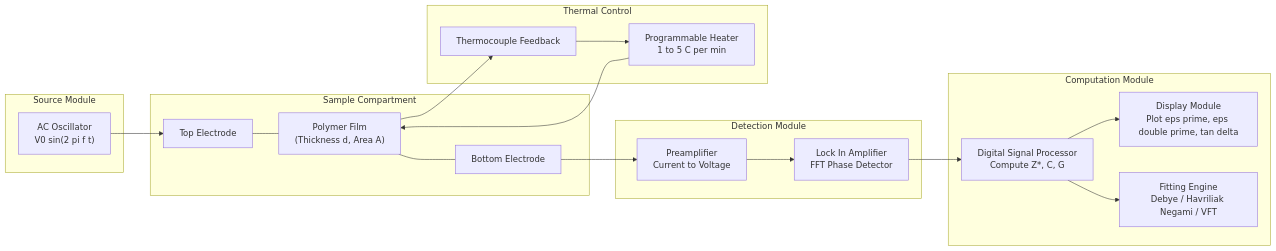
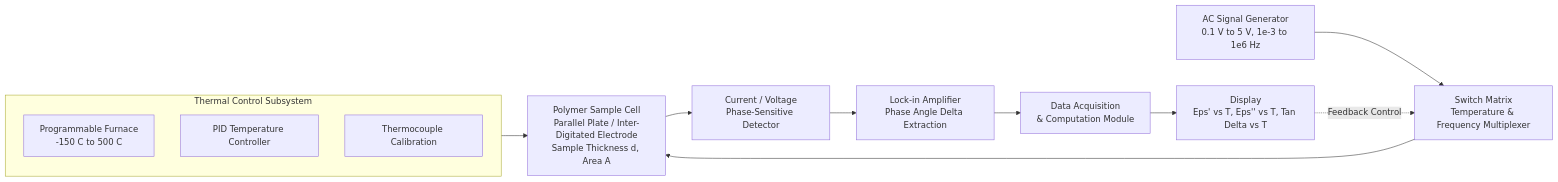
Before and after one commit to vishnuu-kr/ktunode: the first of 3 diagrams in public/notes/computer-science-and-engineering/semester-1/gxcyt122-chemistry-for-information-science-and-electrical-science/03-module-3-molecular-spectroscopy-and-analytical-techniques/thermal-analysis-dielectric-thermal-analysis-deta-of-polymers-working-and-application/notes.md, drawn with Mermaid. The commit also changed other lines of this file and 4829 other files, not shown here.

````diff
--- a/public/notes/computer-science-and-engineering/semester-1/gxcyt122-chemistry-for-information-science-and-electrical-science/03-module-3-molecular-spectroscopy-and-analytical-techniques/thermal-analysis-dielectric-thermal-analysis-deta-of-polymers-working-and-application/notes.md
+++ b/public/notes/computer-science-and-engineering/semester-1/gxcyt122-chemistry-for-information-science-and-electrical-science/03-module-3-molecular-spectroscopy-and-analytical-techniques/thermal-analysis-dielectric-thermal-analysis-deta-of-polymers-working-and-application/notes.md
@@ -631,40 +450,26 @@
 ```mermaid
 flowchart LR
-    subgraph SRC[Source Module]
-        OSC["AC Oscillator\nV0 sin(2 pi f t)"]
+    AC["AC Signal Generator\n0.1 V to 5 V, 1e-3 to 1e6 Hz"]
+    SW["Switch Matrix\nTemperature & Frequency Multiplexer"]
+    CELL["Polymer Sample Cell\nParallel Plate / Inter-Digitated Electrode\nSample Thickness d, Area A"]
+    I_V["Current / Voltage\nPhase-Sensitive Detector"]
+    LOCK["Lock-in Amplifier\nPhase Angle Delta Extraction"]
+    CPU["Data Acquisition\n& Computation Module"]
+    DISP["Display\nEps' vs T, Eps'' vs T, Tan Delta vs T"]
+
+    AC --> SW
+    SW --> CELL
+    CELL --> I_V
+    I_V --> LOCK
+    LOCK --> CPU
+    CPU --> DISP
+    DISP -. Feedback Control .-> SW
+
+    subgraph TC["Thermal Control Subsystem"]
+        FURN["Programmable Furnace\n-150 C to 500 C"]
+        TCTRL["PID Temperature Controller"]
+        TCAL["Thermocouple Calibration"]
     end
 
-    subgraph SAMPLE[Sample Compartment]
-        EL1["Top Electrode"]
-        POLY["Polymer Film\n(Thickness d, Area A)"]
-        EL2["Bottom Electrode"]
-        EL1 --- POLY
-        POLY --- EL2
-    end
-
-    subgraph DETECT[Detection Module]
-        AMP["Preamplifier\nCurrent to Voltage"]
-        LIA["Lock In Amplifier\nFFT Phase Detector"]
-    end
-
-    subgraph PROC[Computation Module]
-        DSP["Digital Signal Processor\nCompute Z*, C, G"]
-        OUT["Display Module\nPlot eps prime, eps double prime, tan delta"]
-        FIT["Fitting Engine\nDebye / Havriliak Negami / VFT"]
-    end
-
-    subgraph CTRL[Thermal Control]
-        HEAT["Programmable Heater\n1 to 5 C per min"]
-        TC["Thermocouple Feedback"]
-    end
-
-    OSC --> EL1
-    EL2 --> AMP
-    AMP --> LIA
-    LIA --> DSP
-    DSP --> OUT
-    DSP --> FIT
-    HEAT --> POLY
-    POLY --> TC
-    TC --> HEAT
+    TC --> CELL
 ```
````
